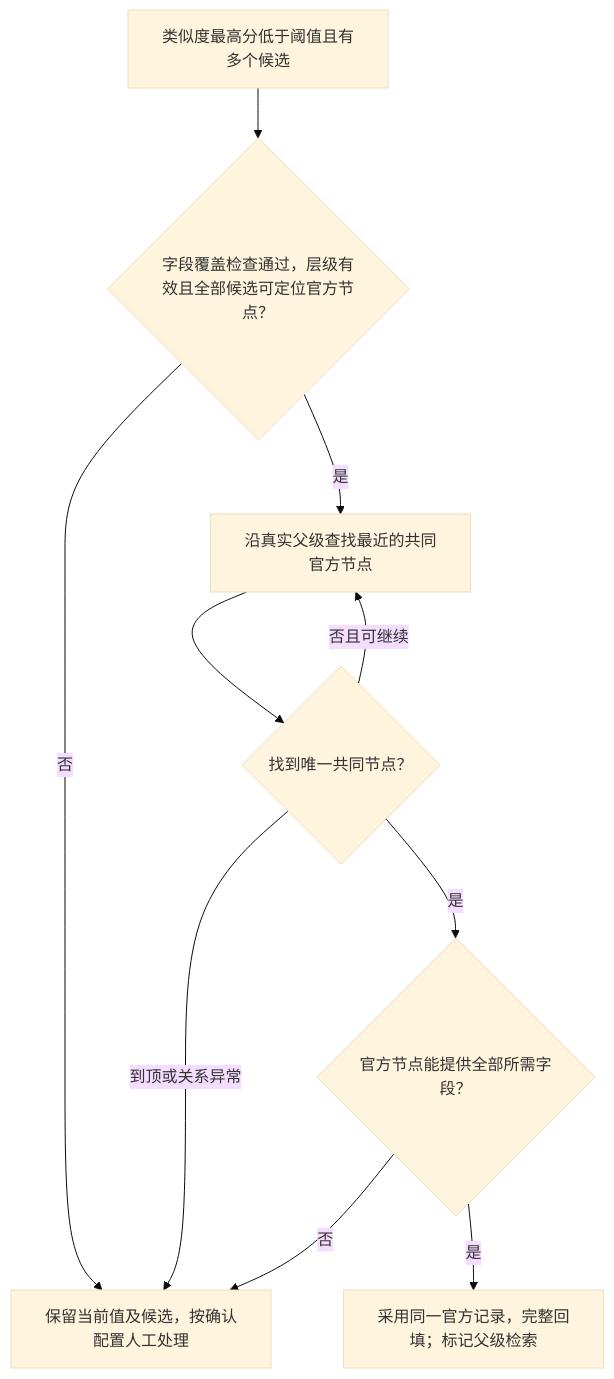
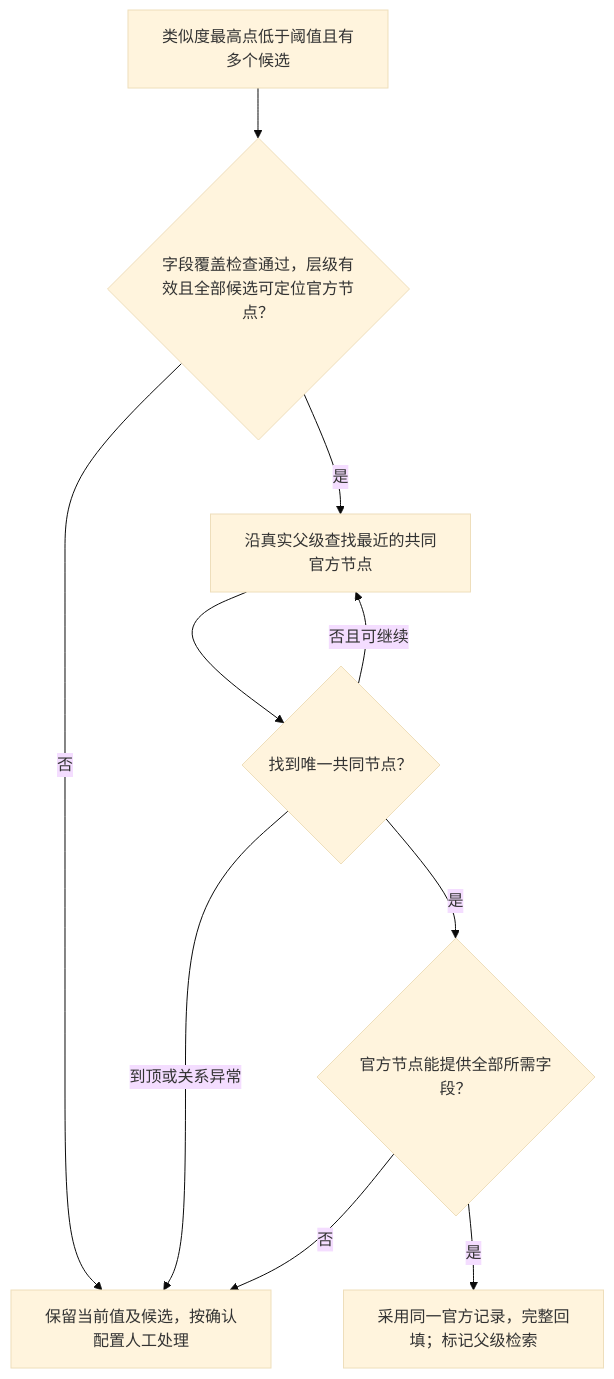
The sixth of 6 diagrams in PRD.zh-CN.md (aruirage/IDP-Ph3-Demo-PRD), drawn with Mermaid (base theme) before and after one commit. The commit also changed other lines of this file and 4 other files, not shown here.

````diff
--- a/PRD.zh-CN.md
+++ b/PRD.zh-CN.md
@@ -576,12 +576,12 @@
 ```mermaid
 flowchart TD
-    SP0["类似度最高分低于阈值且有多个候选"] --> SP1{"字段覆盖检查通过，层级有效且全部候选可定位官方节点？"}
+    SP0["类似度最高点低于阈值且有多个候选"] --> SP1{"字段覆盖检查通过，层级有效且全部候选可定位官方节点？"}
     SP1 -->|否| SPM["保留当前值及候选，按确认配置人工处理"]
     SP1 -->|是| SP2["沿真实父级查找最近的共同官方节点"]
     SP2 --> SP3{"找到唯一共同节点？"}
     SP3 -->|否且可继续| SP2
     SP3 -->|到顶或关系异常| SPM
     SP3 -->|是| SP4{"官方节点能提供全部所需字段？"}
     SP4 -->|否| SPM
     SP4 -->|是| SP5["采用同一官方记录，完整回填；标记父级检索"]
 ```
````
